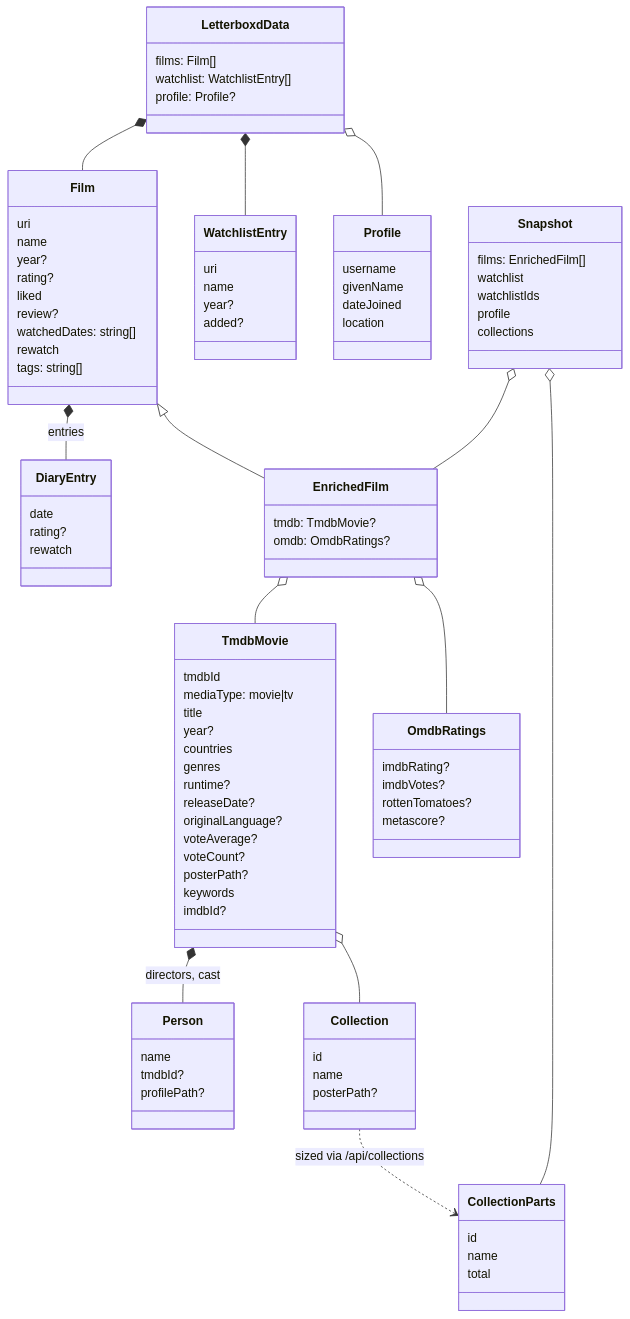
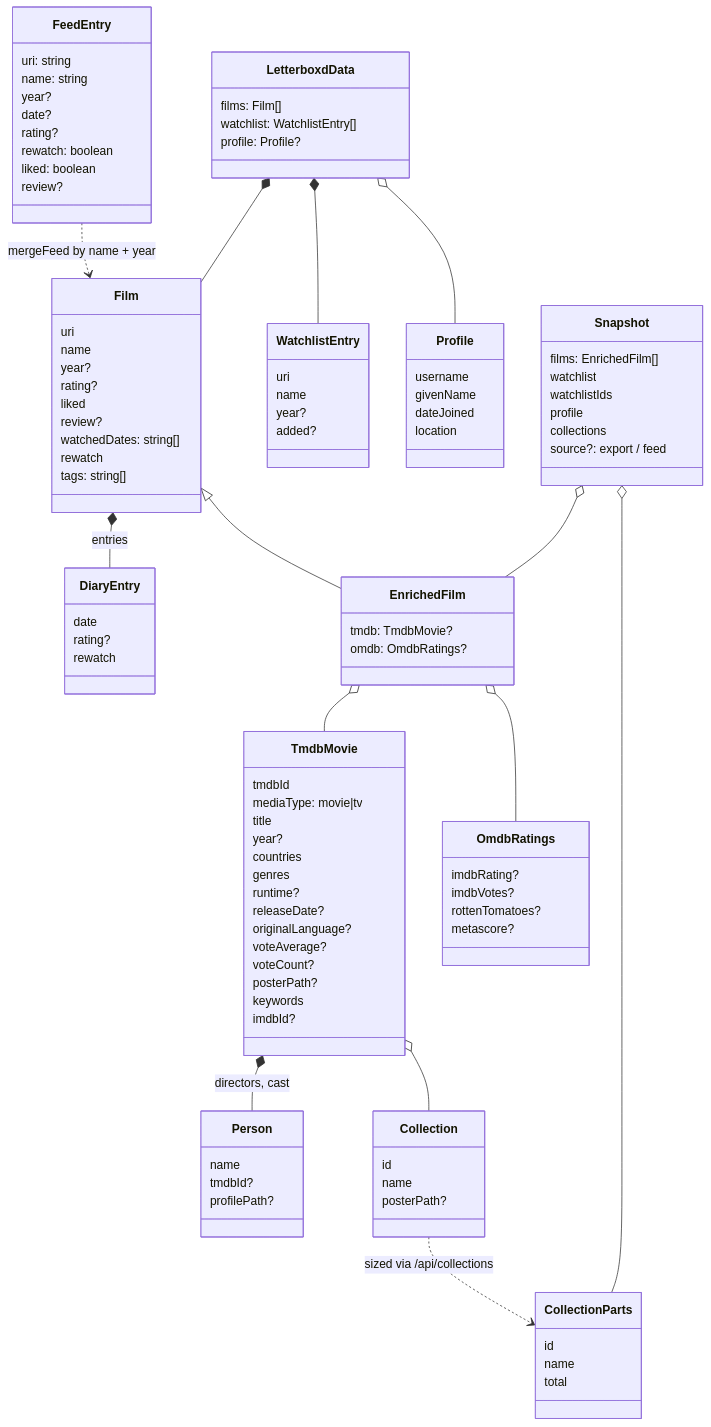
One commit to LaurinSorgend/letterboxd-vizard changed the seventh of 26 diagrams in docs/ARCHITECTURE.md. Above: the diagram before and after it, drawn with Mermaid. The commit also changed other lines of this file, not shown here.

Commit message:
Document the username and RSS feed paths in the architecture doc

```diff
--- a/docs/ARCHITECTURE.md
+++ b/docs/ARCHITECTURE.md
@@ -313,8 +344,20 @@
         watchlistIds
         profile
         collections
+        source?: export / feed
+    }
+    class FeedEntry {
+        uri: string
+        name: string
+        year?
+        date?
+        rating?
+        rewatch: boolean
+        liked: boolean
+        review?
     }
 
+    FeedEntry ..> Film : mergeFeed by name + year
     LetterboxdData *-- Film
     LetterboxdData *-- WatchlistEntry
     LetterboxdData o-- Profile
```
